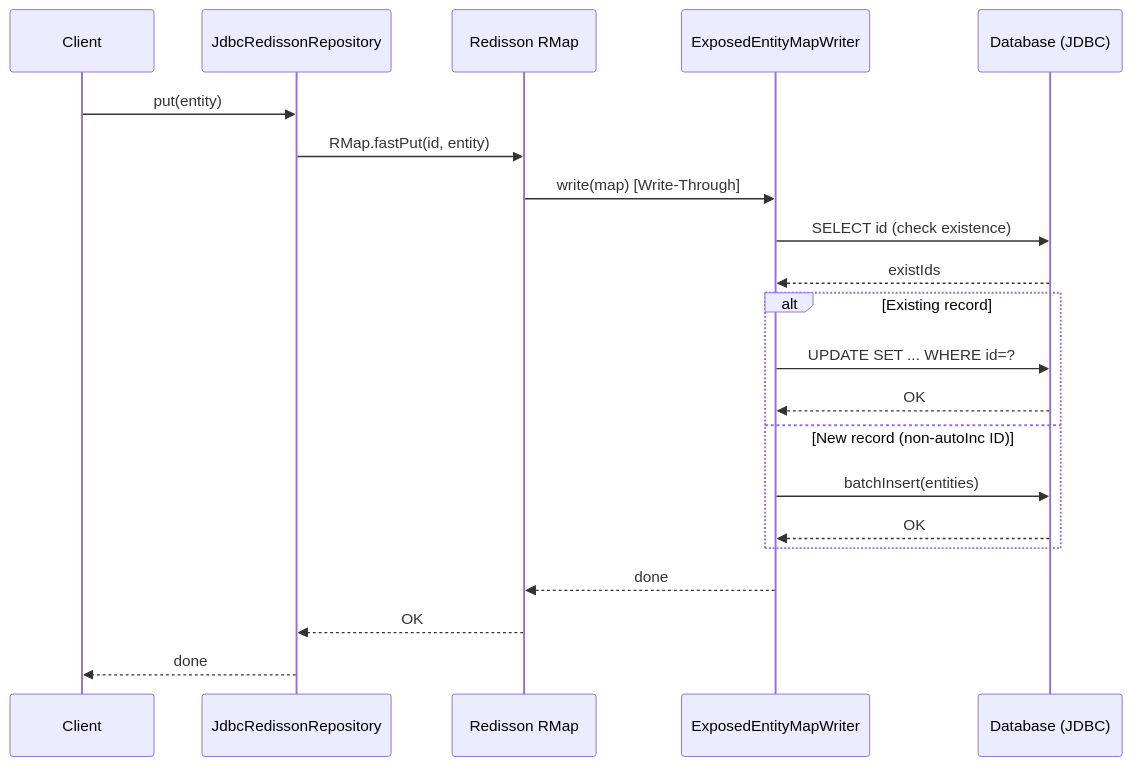
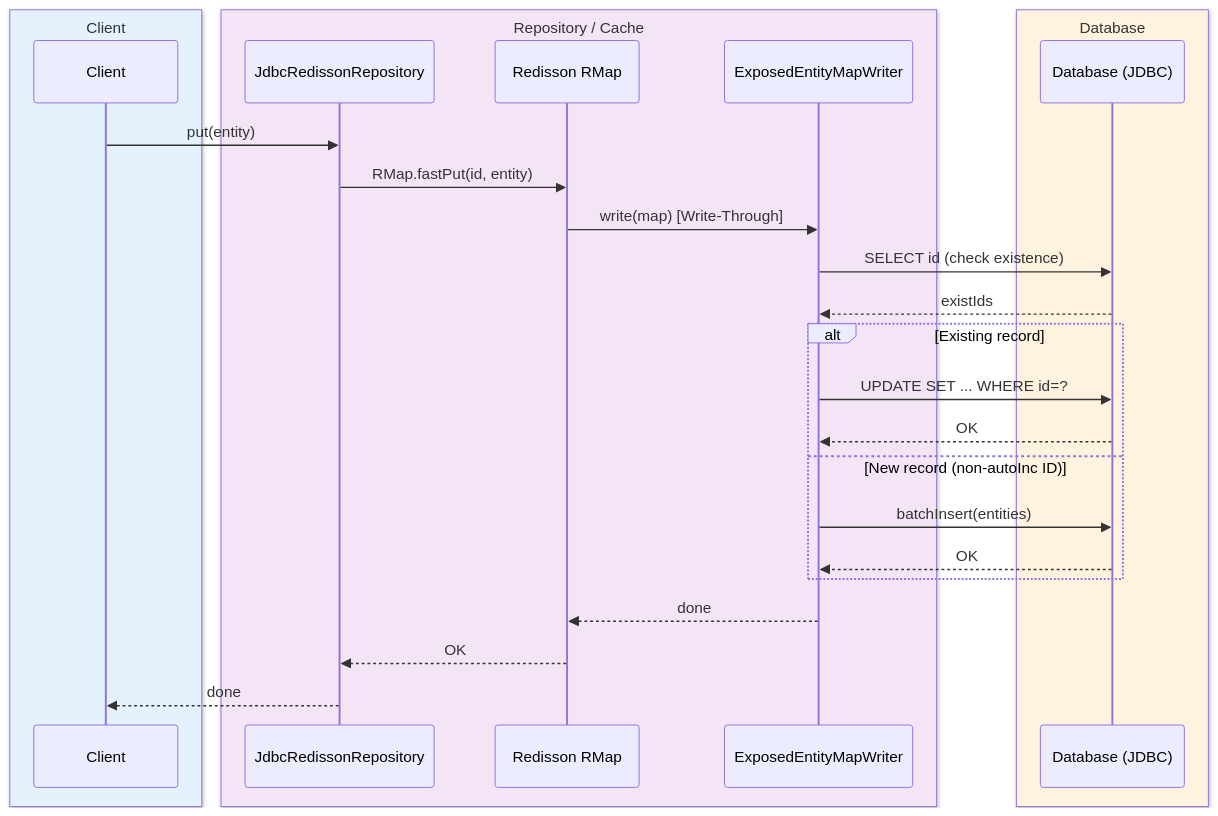
One commit to bluetape4k/bluetape4k-projects changed the third of 7 diagrams in data/exposed-jdbc-redisson/README.md. Above: the diagram before and after it, drawn with Mermaid. The commit also changed other lines of this file and 221 other files, not shown here.

First line of the commit message:
docs: 전체 모듈 README UML 다이어그램 보강 및 색상 업그레이드

````diff
--- a/data/exposed-jdbc-redisson/README.md
+++ b/data/exposed-jdbc-redisson/README.md
@@ -424,23 +446,30 @@
 ```mermaid
 sequenceDiagram
-    participant Client as Client
-    participant Repo as JdbcRedissonRepository
-    participant RMap as Redisson RMap
-    participant Writer as ExposedEntityMapWriter
-    participant DB as Database (JDBC)
+    box rgb(227, 242, 253) Client
+        participant Client as Client
+    end
+    box rgb(243, 229, 245) Repository / Cache
+        participant Repo as JdbcRedissonRepository
+        participant RMap as Redisson RMap
+        participant Writer as ExposedEntityMapWriter
+    end
+    box rgb(255, 243, 224) Database
+        participant DB as Database (JDBC)
+    end
+
     Client ->> Repo: put(entity)
     Repo ->> RMap: RMap.fastPut(id, entity)
     RMap ->> Writer: write(map) [Write-Through]
     Writer ->> DB: SELECT id (check existence)
     DB -->> Writer: existIds
     alt Existing record
         Writer ->> DB: UPDATE SET ... WHERE id=?
         DB -->> Writer: OK
     else New record (non-autoInc ID)
         Writer ->> DB: batchInsert(entities)
         DB -->> Writer: OK
     end
     Writer -->> RMap: done
     RMap -->> Repo: OK
     Repo -->> Client: done
 ```
````
